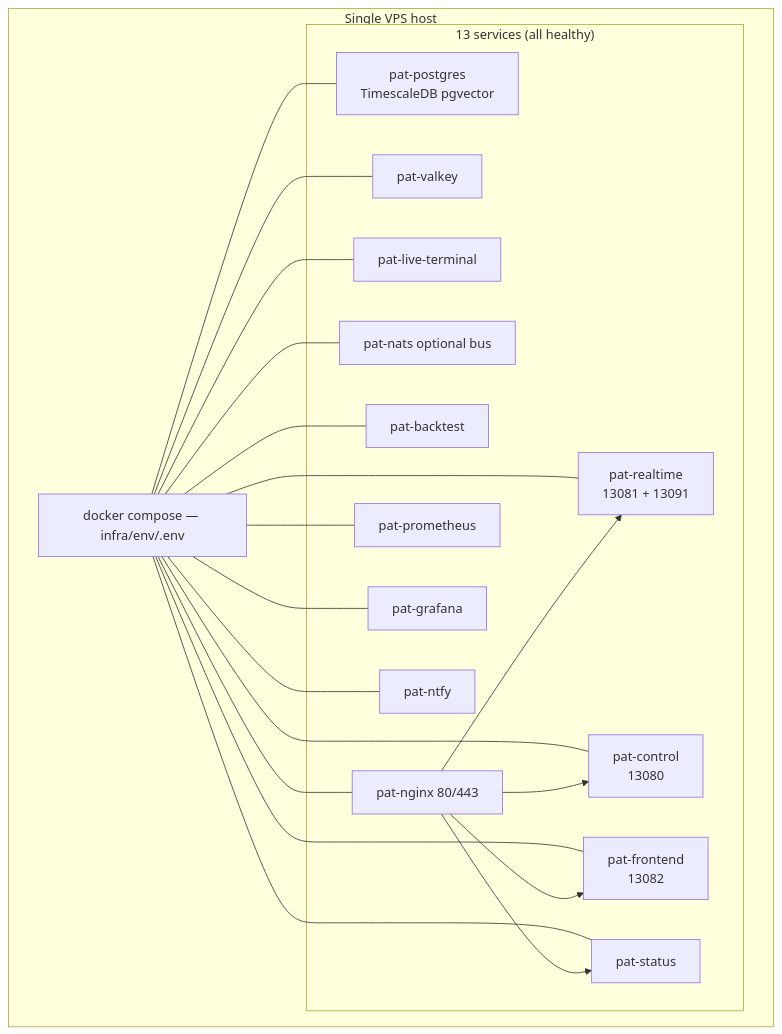
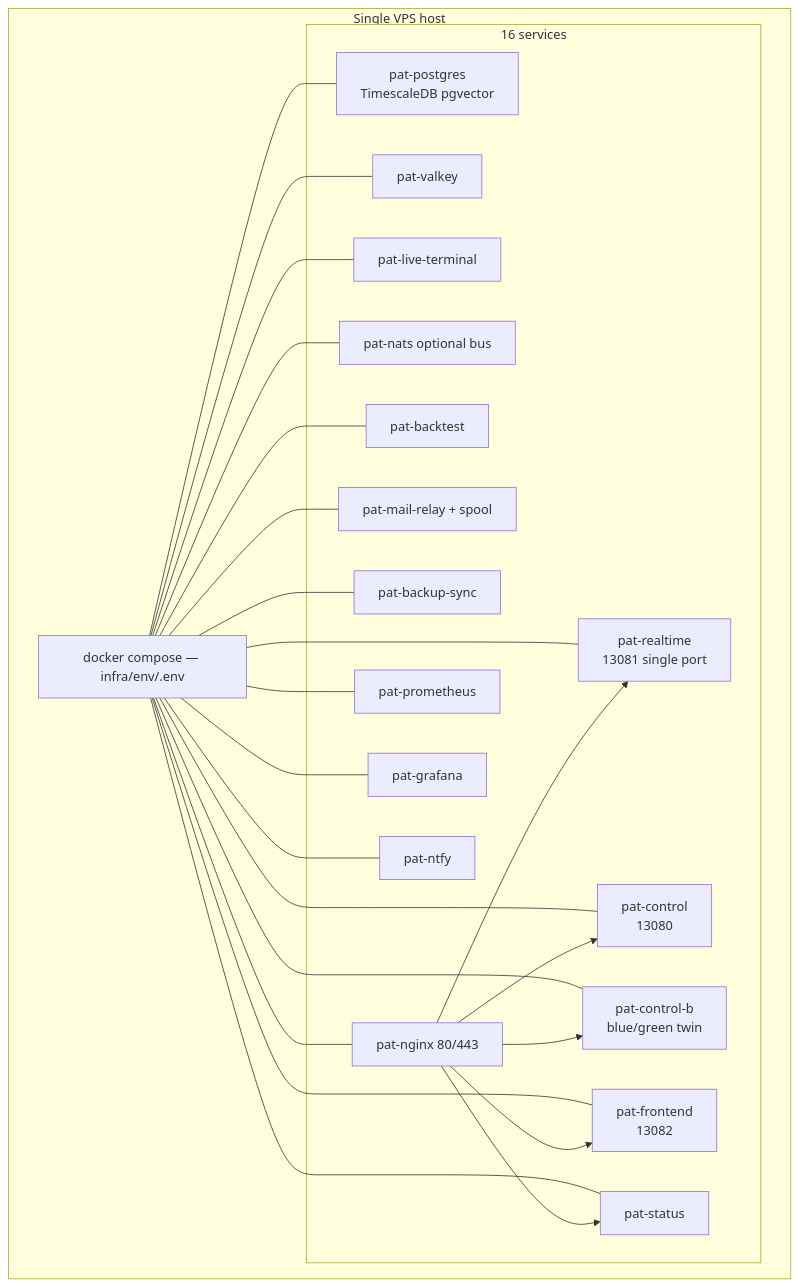
The seventh of 9 diagrams in docs/architecture/FLOW_DIAGRAMS.md (simhaonline/predictatrade), drawn with Mermaid before and after one commit. The commit also changed other lines of this file and 13 other files, not shown here.

Commit message:
docs: v1.29.0 docs sweep — Option B transport everywhere; flow diagrams rewired to ingest/agent + edge-poll; delivery model corrected to enqueue-SQL entitlements + fail-closed AgentAccountOK; 7-engine counts; guides de-Windows-Agented; MANIFEST/README/sidebar/test-procedure synced

````diff
--- a/docs/architecture/FLOW_DIAGRAMS.md
+++ b/docs/architecture/FLOW_DIAGRAMS.md
@@ -208,23 +205,26 @@
 ```mermaid
 flowchart TD
     subgraph Host["Single VPS host"]
         DC[docker compose — infra/env/.env]
-        subgraph Svc["13 services (all healthy)"]
+        subgraph Svc["16 services"]
             PG[pat-postgres<br/>TimescaleDB pgvector]
             VK[pat-valkey]
-            RT[pat-realtime<br/>13081 + 13091]
+            RT[pat-realtime<br/>13081 single port]
             PC[pat-control<br/>13080]
+            PCB[pat-control-b<br/>blue/green twin]
             PF[pat-frontend<br/>13082]
             PST[pat-status]
             PLT[pat-live-terminal]
             NATS[pat-nats optional bus]
             BAK[pat-backtest]
+            MR[pat-mail-relay + spool]
+            BUS[pat-backup-sync]
             NG[pat-nginx 80/443]
             PR[pat-prometheus]
             GF[pat-grafana]
             NF[pat-ntfy]
         end
     end
-    DC --- PG & VK & RT & PC & PF & PST & PLT & NATS & BAK & NG & PR & GF & NF
-    NG --> RT & PC & PF & PST
+    DC --- PG & VK & RT & PC & PCB & PF & PST & PLT & NATS & BAK & MR & BUS & NG & PR & GF & NF
+    NG --> RT & PC & PCB & PF & PST
 ```
````
